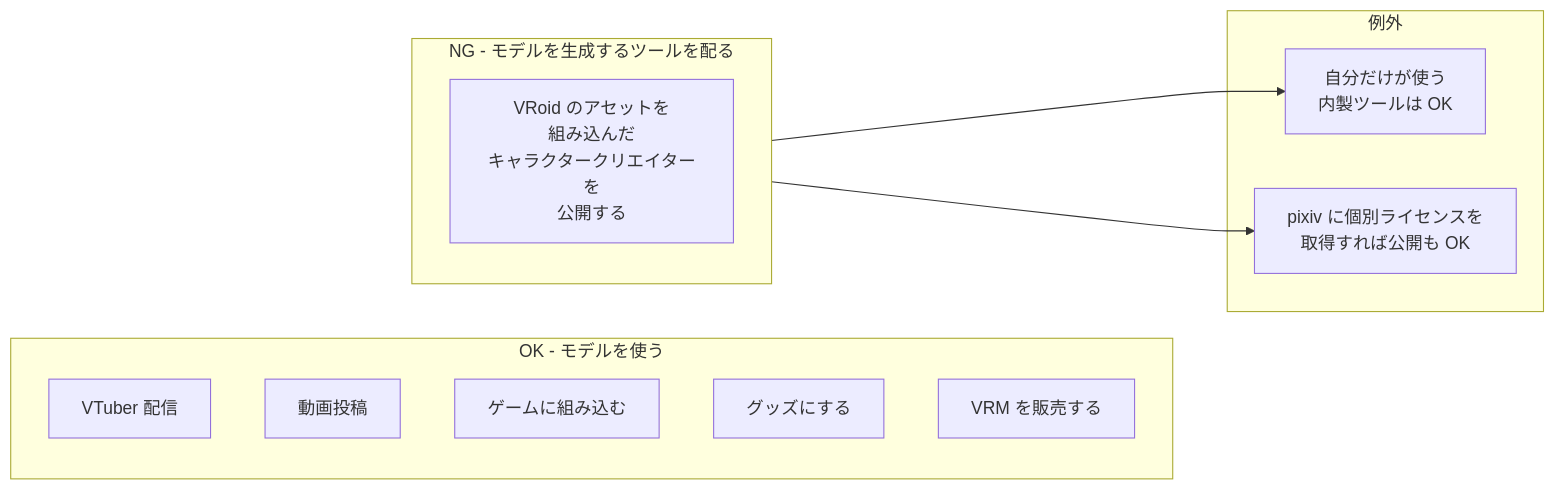
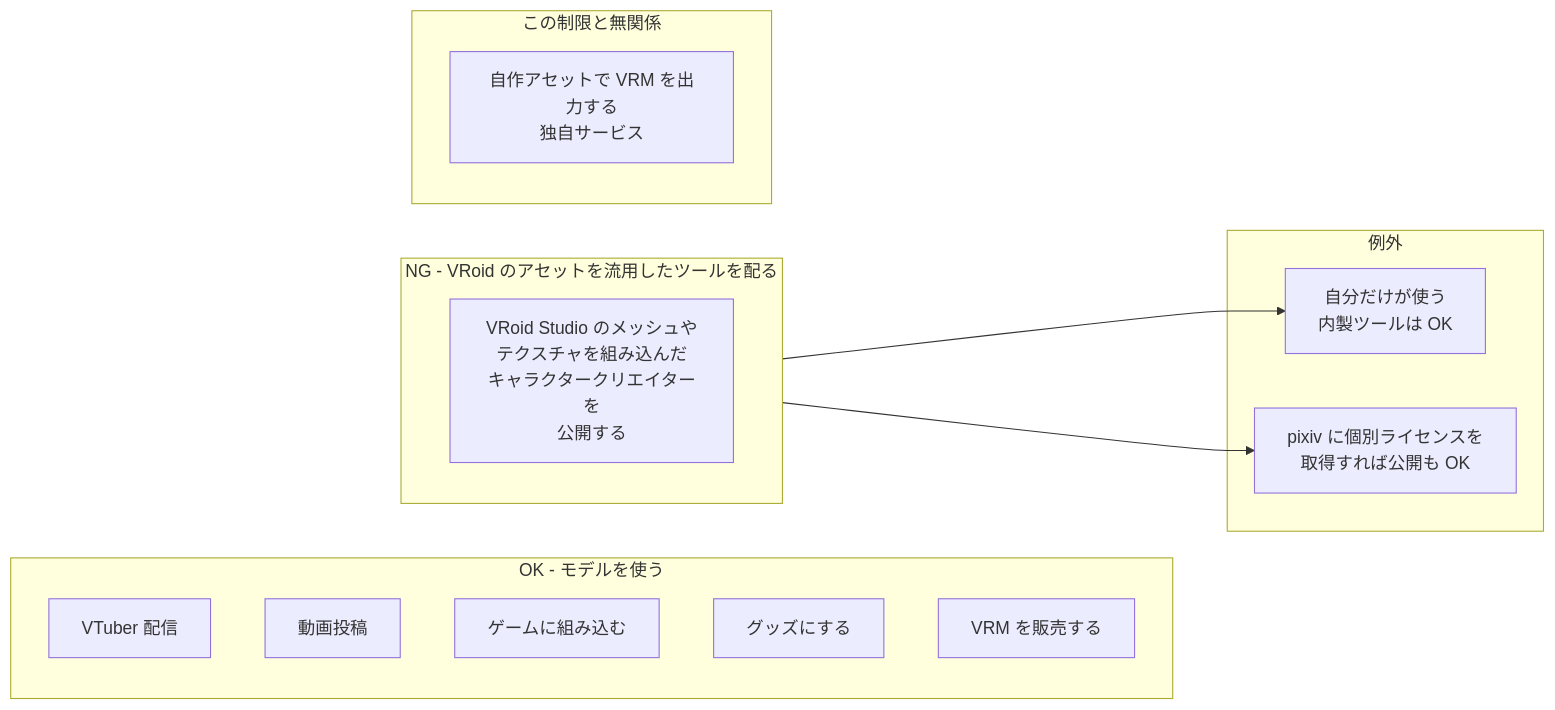
The seventh of 7 diagrams in vault/vroid-studio-license.md (O6lvl4/O6lvl4-knowledge), drawn with Mermaid before and after one commit. The commit also changed other lines of this file, not shown here.

Commit message:
Clarify: VRoid restrictions only apply to VRoid assets, not VRM format
Independent VRM creation services using original assets are unrelated
to VRoid Studio guidelines. VRM is an open format.

````diff
--- a/vault/vroid-studio-license.md
+++ b/vault/vroid-studio-license.md
@@ -223,24 +223,29 @@
 ```mermaid
 flowchart LR
     subgraph ok["OK - モデルを使う"]
         direction TB
         U1[VTuber 配信]
         U2[動画投稿]
         U3[ゲームに組み込む]
         U4[グッズにする]
         U5[VRM を販売する]
     end
 
-    subgraph ng["NG - モデルを生成するツールを配る"]
+    subgraph ng["NG - VRoid のアセットを流用したツールを配る"]
         direction TB
-        N1[VRoid のアセットを<br/>組み込んだ<br/>キャラクタークリエイターを<br/>公開する]
+        N1[VRoid Studio のメッシュや<br/>テクスチャを組み込んだ<br/>キャラクタークリエイターを<br/>公開する]
+    end
+
+    subgraph notrelated["この制限と無関係"]
+        direction TB
+        NR1[自作アセットで VRM を出力する<br/>独自サービス]
     end
 
     subgraph exc["例外"]
         E1[自分だけが使う<br/>内製ツールは OK]
         E2[pixiv に個別ライセンスを<br/>取得すれば公開も OK]
     end
 
     N1 --> E1
     N1 --> E2
 ```
````
